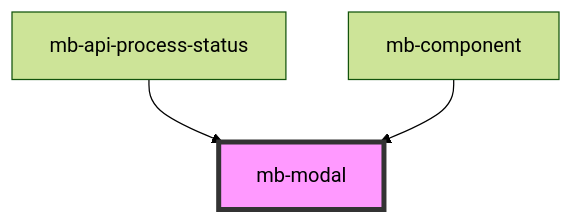
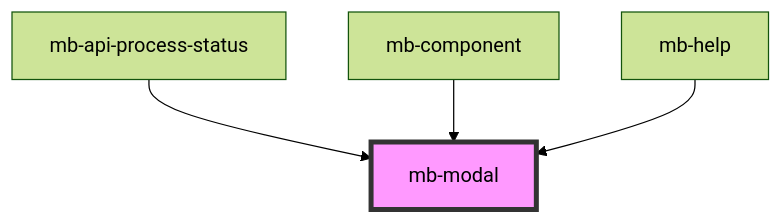
Before and after one commit to blinkcard/blinkcard-in-browser: the diagram in ui/docs/components/shared/mb-modal/readme.md, drawn with Mermaid (forest theme). The commit also changed other lines of this file and 86 other files, not shown here.

````diff
--- a/ui/docs/components/shared/mb-modal/readme.md
+++ b/ui/docs/components/shared/mb-modal/readme.md
@@ -45,6 +47,7 @@
 ```mermaid
 graph TD;
   mb-api-process-status --> mb-modal
   mb-component --> mb-modal
+  mb-help --> mb-modal
   style mb-modal fill:#f9f,stroke:#333,stroke-width:4px
 ```
````
